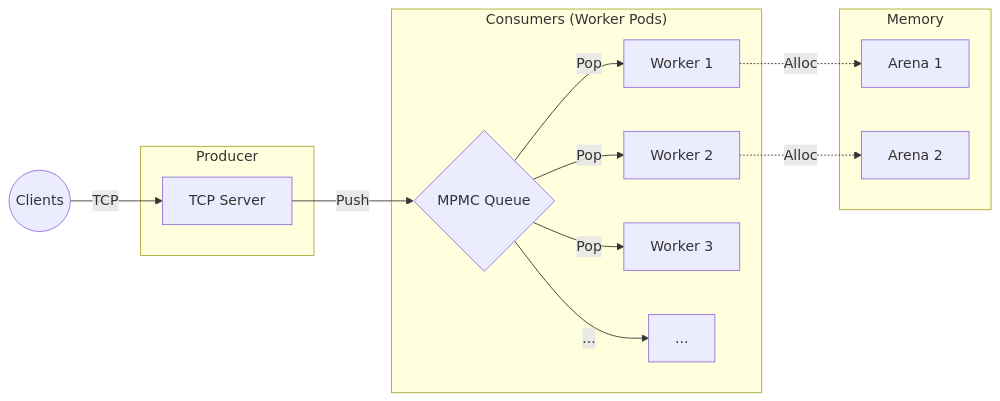
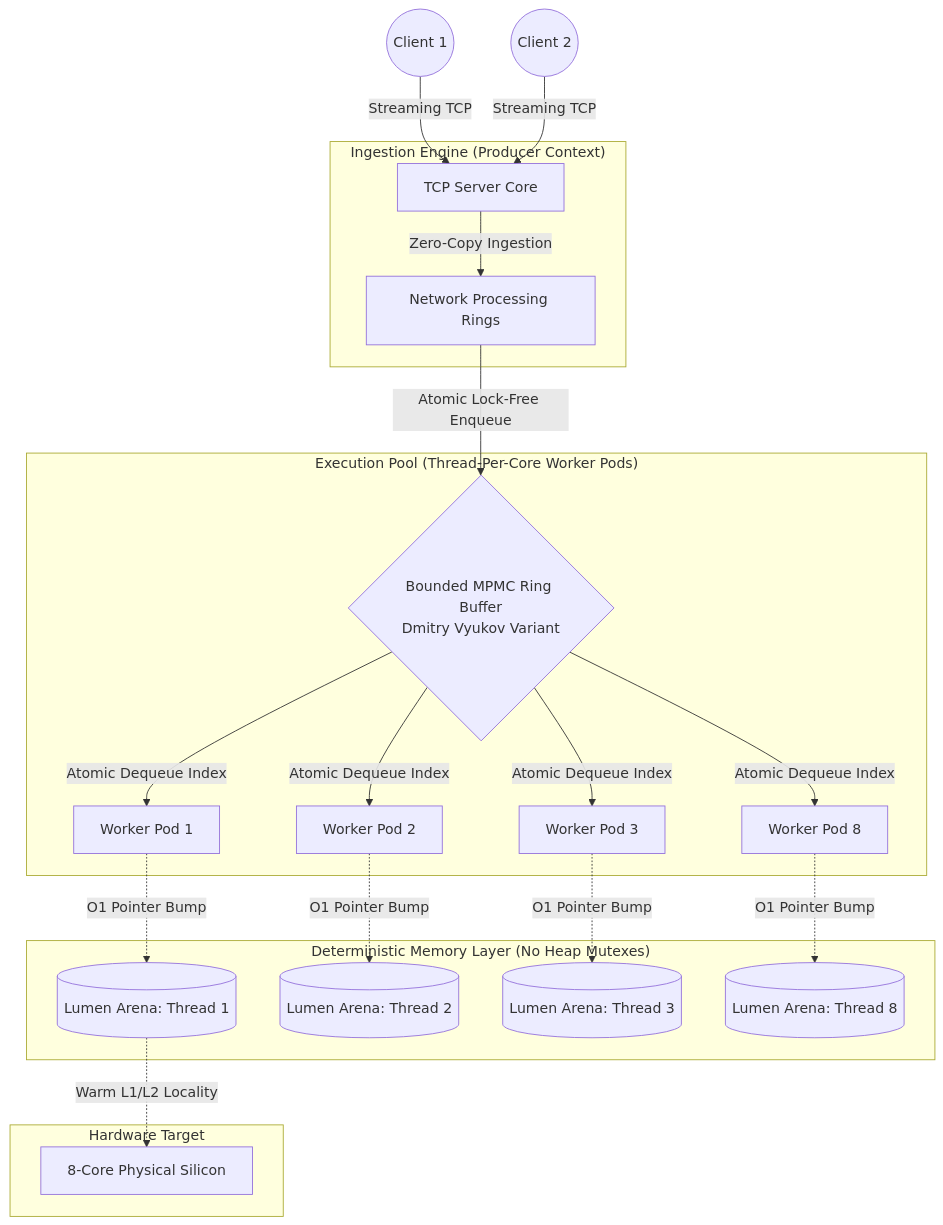
The diagram in README.md (raj-v020/lumen-engine), drawn with Mermaid before and after one commit. The commit also changed other lines of this file, not shown here.

````diff
--- a/README.md
+++ b/README.md
@@ -35,18 +61,30 @@
 ```mermaid
-graph LR
-    Client((Clients)) -->|TCP| Server[TCP Server]
-    subgraph "Producer"
-    Server
+graph TD
+    Client1((Client 1)) -->|Streaming TCP| Server[TCP Server Core]
+    Client2((Client 2)) -->|Streaming TCP| Server
+    
+    subgraph "Ingestion Engine (Producer Context)"
+        Server -->|Zero-Copy Ingestion| InputBuffer[Network Processing Rings]
     end
-    Server -->|Push| Queue{MPMC Queue}
-    subgraph "Consumers (Worker Pods)"
-    Queue -->|Pop| W1[Worker 1]
-    Queue -->|Pop| W2[Worker 2]
-    Queue -->|Pop| W3[Worker 3]
-    Queue -->|...| W4[...]
+
+    InputBuffer -->|Atomic Lock-Free Enqueue| Queue{Bounded MPMC Ring Buffer<br>Dmitry Vyukov Variant}
+
+    subgraph "Execution Pool (Thread-Per-Core Worker Pods)"
+        Queue -->|Atomic Dequeue Index| W1[Worker Pod 1]
+        Queue -->|Atomic Dequeue Index| W2[Worker Pod 2]
+        Queue -->|Atomic Dequeue Index| W3[Worker Pod 3]
+        Queue -->|Atomic Dequeue Index| W4[Worker Pod 8]
     end
-    subgraph "Memory"
-    W1 -.->|Alloc| Arena1[Arena 1]
-    W2 -.->|Alloc| Arena2[Arena 2]
+
+    subgraph "Deterministic Memory Layer (No Heap Mutexes)"
+        W1 -.->|O1 Pointer Bump| Arena1[(Lumen Arena: Thread 1)]
+        W2 -.->|O1 Pointer Bump| Arena2[(Lumen Arena: Thread 2)]
+        W3 -.->|O1 Pointer Bump| Arena3[(Lumen Arena: Thread 3)]
+        W4 -.->|O1 Pointer Bump| Arena4[(Lumen Arena: Thread 8)]
     end
+    
+    subgraph "Hardware Target"
+        Arena1 -.->|Warm L1/L2 Locality| CPU[8-Core Physical Silicon]
+    end
+
 ```
````
